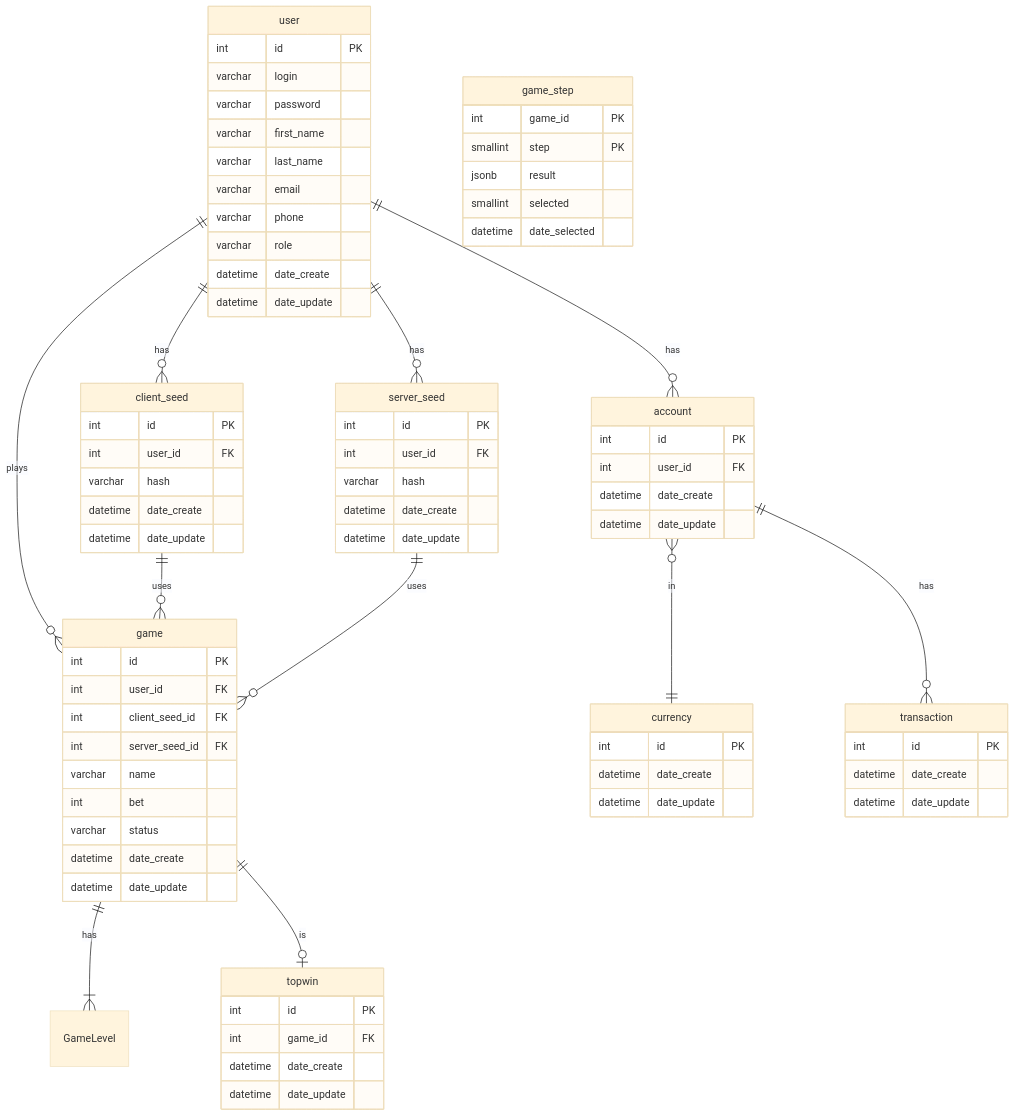
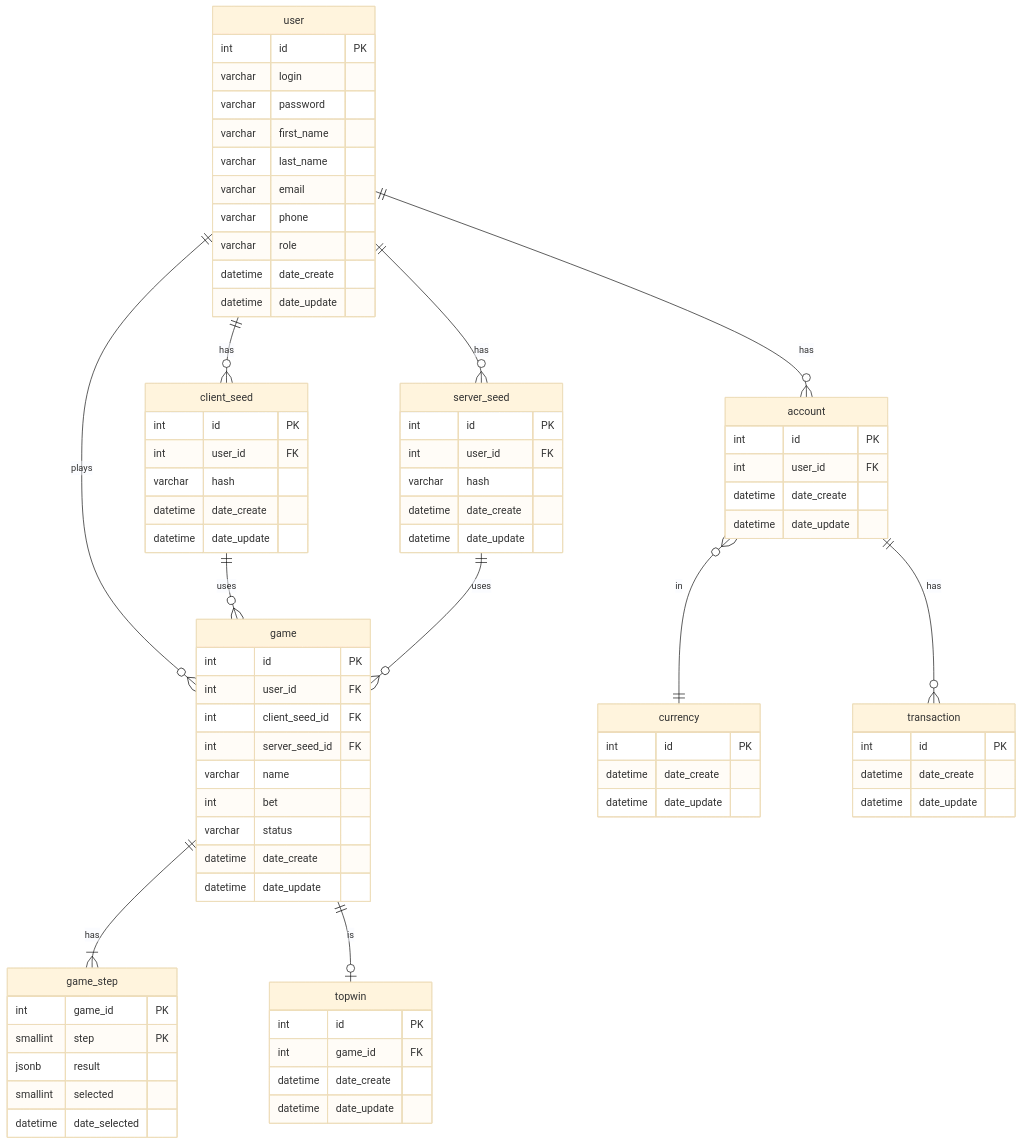
Before and after one commit to SultanovAziz/project-clone-of-BitKong: the second of 2 diagrams in README.md, drawn with Mermaid (base theme).

````diff
--- a/README.md
+++ b/README.md
@@ -27,7 +27,7 @@
 ```mermaid
 erDiagram
     user ||--o{ game : plays
-    game ||--|{ GameLevel : has
+    game ||--|{ game_step : has
     user ||--o{ client_seed : has
     user ||--o{ server_seed : has
     client_seed ||--o{ game : uses
````
